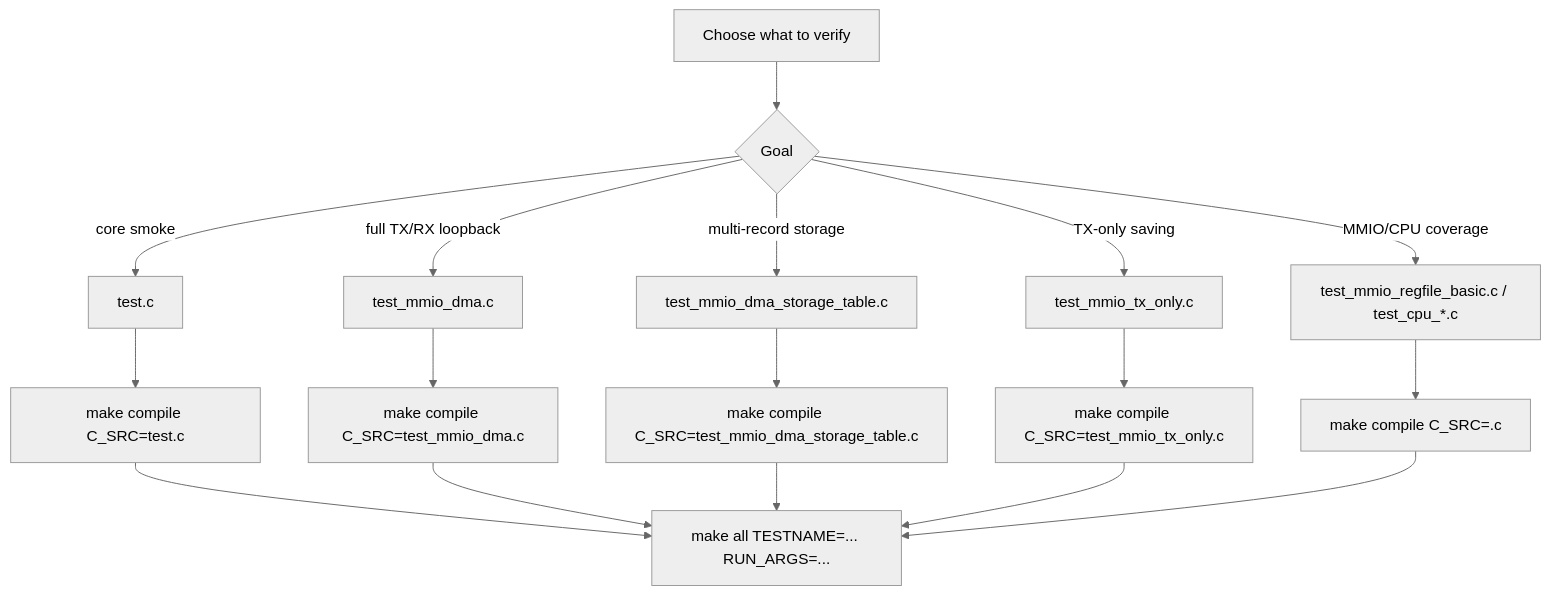
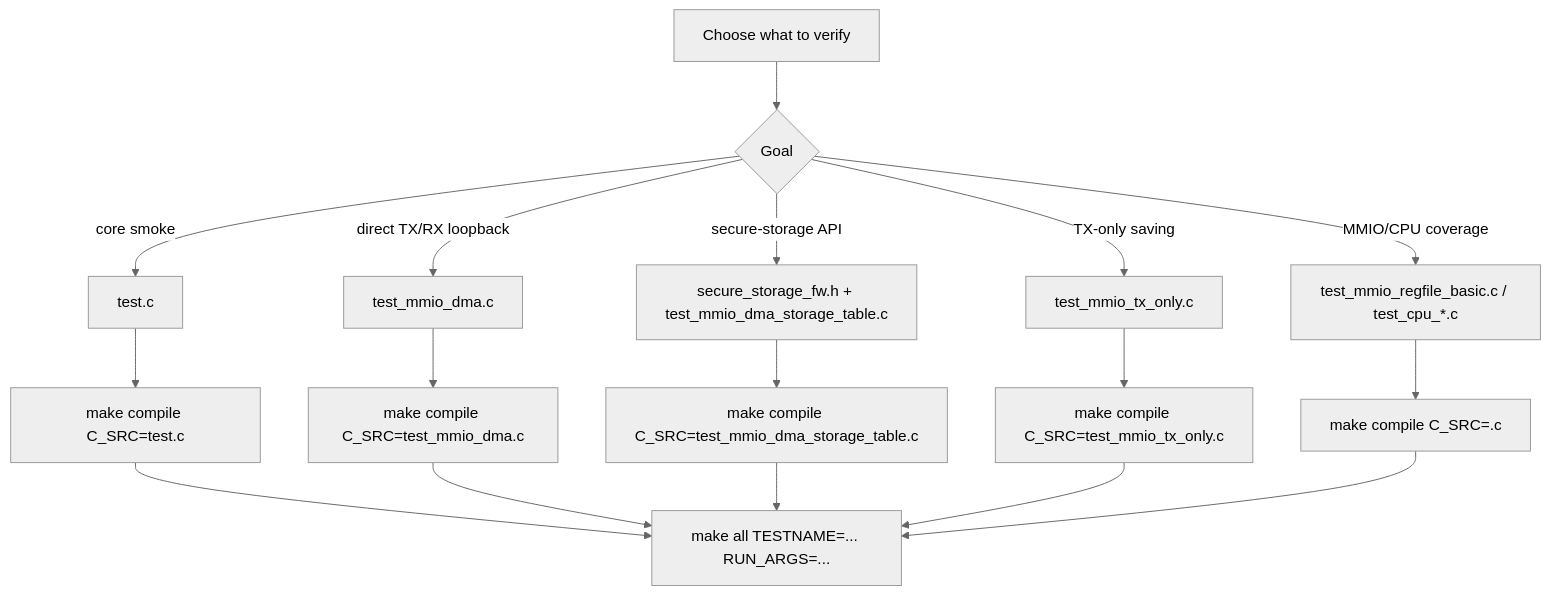
Before and after one commit to ngoquocan139/AES_huffman_all6: the diagram in docs/c_files_explained.md, drawn with Mermaid (neutral theme). The commit also changed other lines of this file and 44 other files, not shown here.

````diff
--- a/docs/c_files_explained.md
+++ b/docs/c_files_explained.md
@@ -35,19 +36,19 @@
 ```mermaid
 flowchart TD
   A["Choose what to verify"] --> B{"Goal"}
   B -->|"core smoke"| C["test.c"]
-  B -->|"full TX/RX loopback"| D["test_mmio_dma.c"]
-  B -->|"multi-record storage"| S["test_mmio_dma_storage_table.c"]
+  B -->|"secure-storage API"| S["secure_storage_fw.h + test_mmio_dma_storage_table.c"]
+  B -->|"direct TX/RX loopback"| D["test_mmio_dma.c"]
   B -->|"TX-only saving"| E["test_mmio_tx_only.c"]
   B -->|"MMIO/CPU coverage"| F["test_mmio_regfile_basic.c / test_cpu_*.c"]
   C --> G["make compile C_SRC=test.c"]
   D --> H["make compile C_SRC=test_mmio_dma.c"]
   S --> HS["make compile C_SRC=test_mmio_dma_storage_table.c"]
   E --> I["make compile C_SRC=test_mmio_tx_only.c"]
   F --> J["make compile C_SRC=<coverage>.c"]
   G --> K["make all TESTNAME=... RUN_ARGS=..."]
   H --> K
   HS --> K
   I --> K
   J --> K
 ```
````
